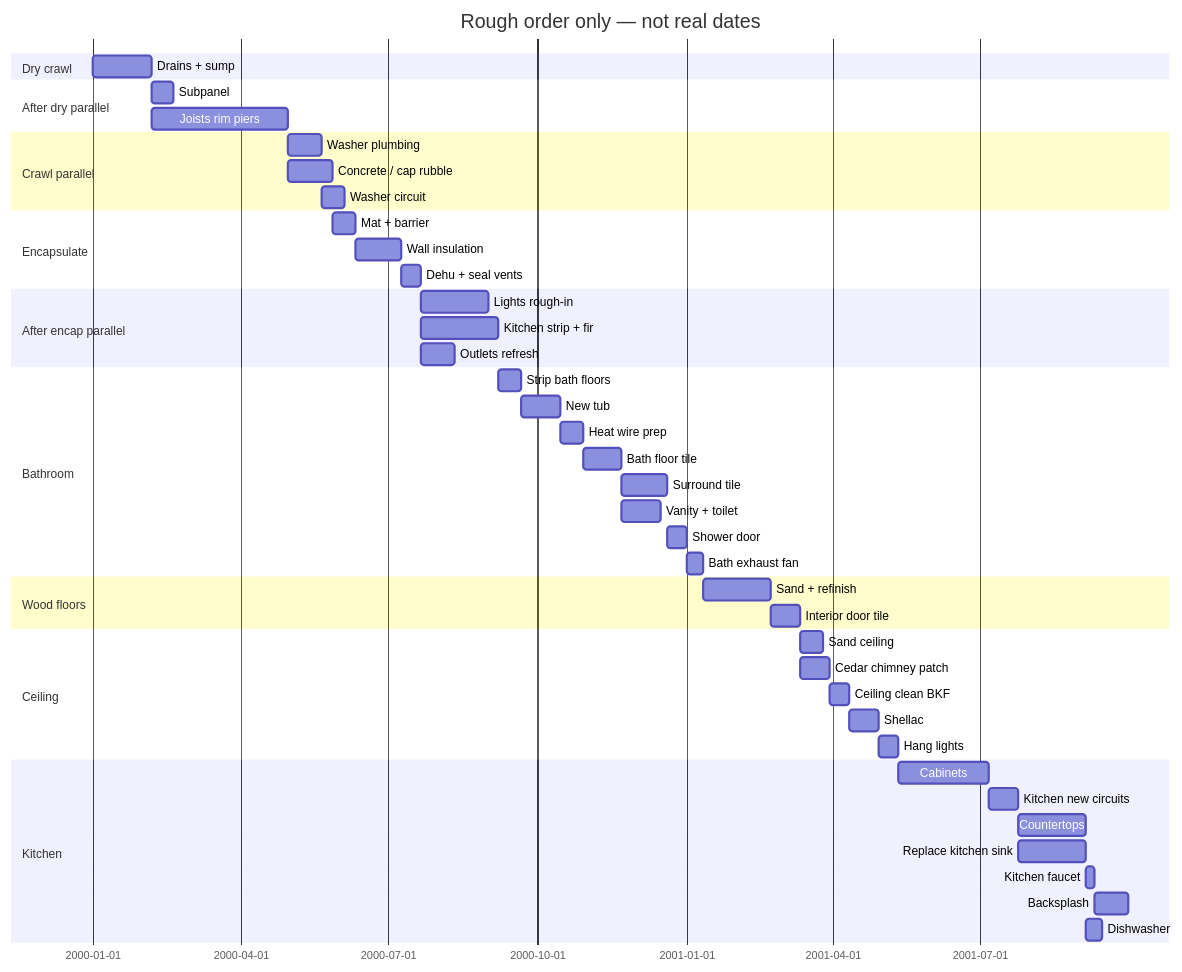
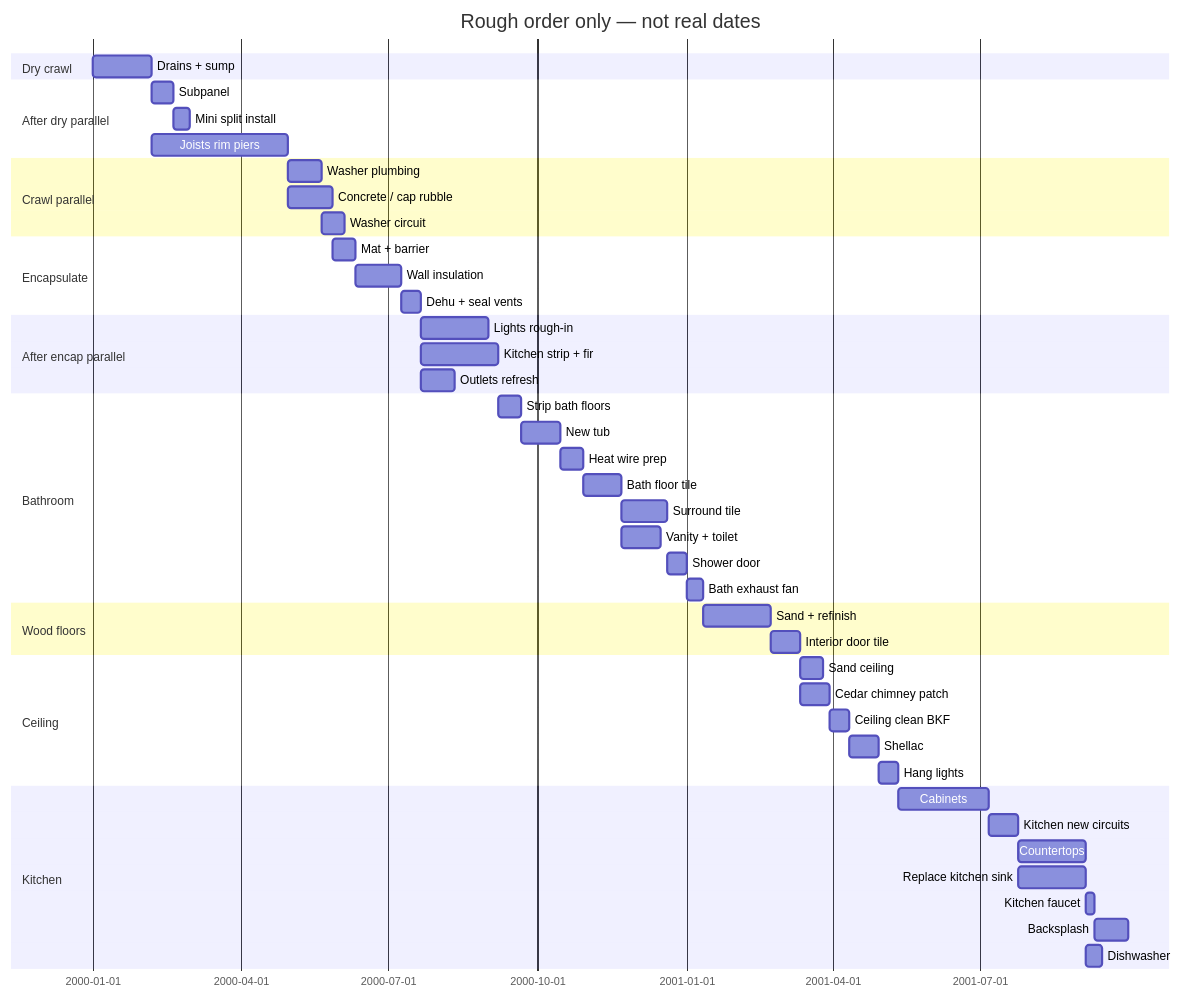
The second of 2 diagrams in cabin-remodel.md (HenriPro/cabin-remodel), drawn with Mermaid before and after one commit. The commit also changed other lines of this file and 1 other file, not shown here.

First line of the commit message:
Add mini split install as flexible work after subpanel.

````diff
--- a/cabin-remodel.md
+++ b/cabin-remodel.md
@@ -150,48 +151,49 @@
 ```mermaid
 gantt
     title Rough order only — not real dates
     dateFormat YYYY-MM-DD
     section Dry crawl
     Drains + sump           :a1, 2000-01-01, 36d
     section After dry parallel
     Subpanel                :sp, after a1, 14d
+    Mini split install      :msplit, after sp, 10d
     Joists rim piers        :b1, after a1, 84d
     section Crawl parallel
     Washer plumbing         :wp, after b1, 21d
     Concrete / cap rubble   :c1, after b1, 28d
     Washer circuit          :wcirc, after wp after sp, 14d
     section Encapsulate
     Mat + barrier           :d1, after c1 after wp, 14d
     Wall insulation         :d2, after d1, 28d
     Dehu + seal vents       :d3, after d2, 12d
     section After encap parallel
     Lights rough-in         :el1, after d3, 42d
     Kitchen strip + fir     :e1, after d3, 48d
     Outlets refresh         :ou, after d3, 21d
     section Bathroom
     Strip bath floors       :ba, after e1, 14d
     New tub                 :bb, after ba, 24d
     Heat wire prep          :bc, after bb, 14d
     Bath floor tile         :bd, after bc, 24d
     Surround tile           :be, after bd, 28d
     Vanity + toilet         :bg, after bd, 24d
     Shower door             :bf, after be, 12d
     Bath exhaust fan        :bfan, after bf after sp, 10d
     section Wood floors
     Sand + refinish         :e2, after bfan after bg after bf, 42d
     Interior door tile      :e3, after e2, 18d
     section Ceiling
     Sand ceiling            :cs0, after e3, 14d
     Cedar chimney patch     :chim, after e3, 18d
     Ceiling clean BKF       :cs1, after cs0 after chim, 12d
     Shellac                 :cs2, after cs1 after el1 after chim, 18d
     Hang lights             :lg, after cs2 after el1, 12d
     section Kitchen
     Cabinets                :k1, after lg, 56d
     Kitchen new circuits    :k_elec, after k1 after sp, 18d
     Countertops             :k2, after k_elec, 42d
     Replace kitchen sink    :k_sink, after k_elec, 42d
     Kitchen faucet          :k_ft, after k2 after k_sink, 5d
     Backsplash              :k3, after k_ft, 21d
     Dishwasher              :k4, after k2, 10d
 ```
````
